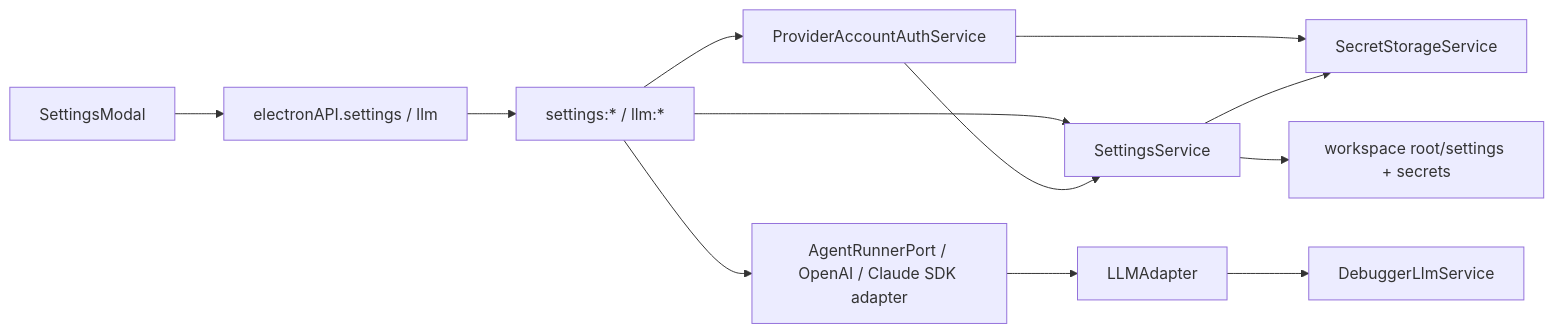
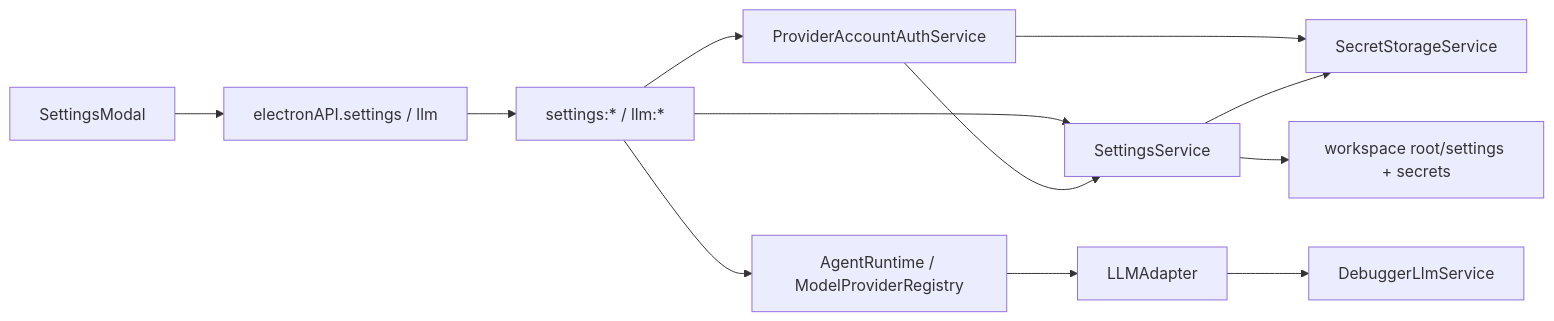
The sixth of 7 diagrams in docs/architecture/data-flow.md (haolange/RDC-Agent), drawn with Mermaid before and after one commit. The commit also changed other lines of this file and 30 other files, not shown here.

First line of the commit message:
Replace AgentRunner SDK with AgentRuntime/ToolRegistry

````diff
--- a/docs/architecture/data-flow.md
+++ b/docs/architecture/data-flow.md
@@ -166,25 +166,25 @@
 ```mermaid
 flowchart LR
   SettingsUI["SettingsModal"]
   API["electronAPI.settings / llm"]
   IPC["settings:* / llm:*"]
   SettingsSvc["SettingsService"]
   AccountAuth["ProviderAccountAuthService"]
-  SDK["AgentRunnerPort / OpenAI / Claude SDK adapter"]
+  Runtime["AgentRuntime / ModelProviderRegistry"]
   Adapter["LLMAdapter"]
   DebuggerLLM["DebuggerLlmService"]
   Secrets["SecretStorageService"]
   Workspace["workspace root/settings + secrets"]
 
   SettingsUI --> API
   API --> IPC
   IPC --> SettingsSvc
   IPC --> AccountAuth
   AccountAuth --> Secrets
   AccountAuth --> SettingsSvc
   SettingsSvc --> Secrets
   SettingsSvc --> Workspace
-  IPC --> SDK
-  SDK --> Adapter
+  IPC --> Runtime
+  Runtime --> Adapter
   Adapter --> DebuggerLLM
 ```
````
